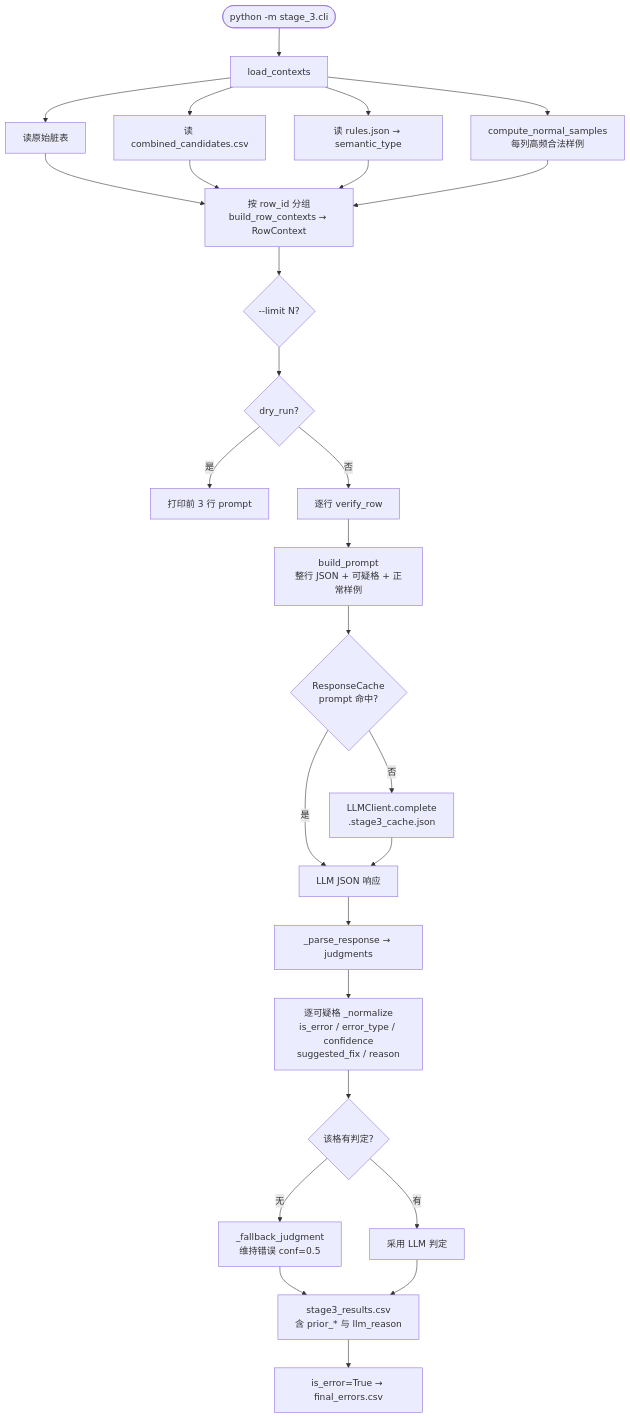
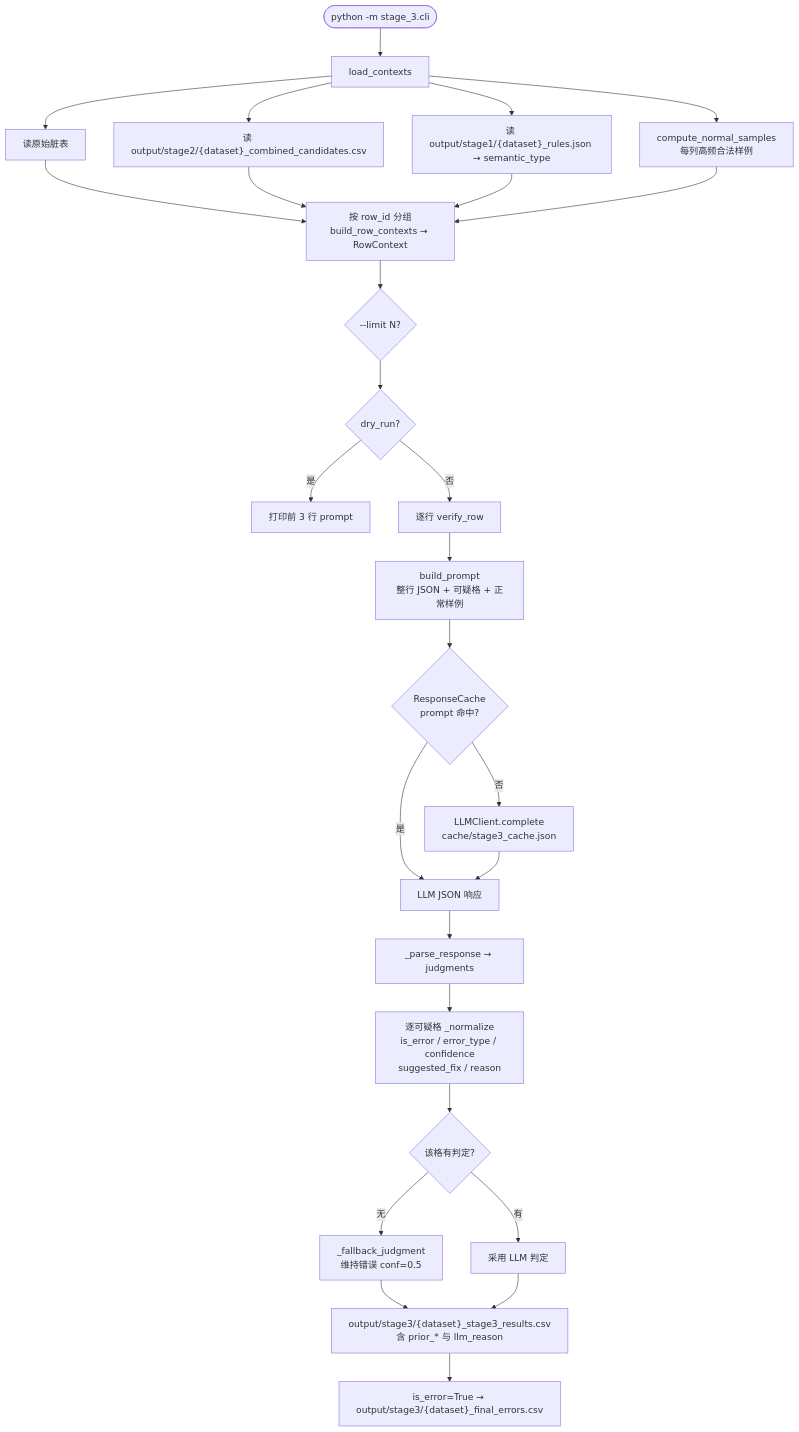
One commit to 1993371829/error_detect changed the fifth of 8 diagrams in PIPELINE.md. Above: the diagram before and after it, drawn with Mermaid. The commit also changed other lines of this file and 30 other files, not shown here.

````diff
--- a/PIPELINE.md
+++ b/PIPELINE.md
@@ -375,30 +375,30 @@
 ```mermaid
 flowchart TD
     START3(["python -m stage_3.cli"]) --> LOAD["load_contexts"]
     LOAD --> L1["读原始脏表"]
-    LOAD --> L2["读 combined_candidates.csv"]
-    LOAD --> L3["读 rules.json → semantic_type"]
+    LOAD --> L2["读 output/stage2/{dataset}_combined_candidates.csv"]
+    LOAD --> L3["读 output/stage1/{dataset}_rules.json → semantic_type"]
     LOAD --> L4["compute_normal_samples<br/>每列高频合法样例"]
 
     L1 & L2 & L3 & L4 --> GROUP["按 row_id 分组<br/>build_row_contexts → RowContext"]
 
     GROUP --> LIMIT{--limit N?}
     LIMIT --> DRY3{dry_run?}
     DRY3 -->|是| PREVIEW["打印前 3 行 prompt"]
     DRY3 -->|否| ROW_LOOP["逐行 verify_row"]
 
     ROW_LOOP --> PROMPT["build_prompt<br/>整行 JSON + 可疑格 + 正常样例"]
     PROMPT --> CACHE3{ResponseCache<br/>prompt 命中?}
     CACHE3 -->|是| RAW["LLM JSON 响应"]
-    CACHE3 -->|否| LLM3["LLMClient.complete<br/>.stage3_cache.json"]
+    CACHE3 -->|否| LLM3["LLMClient.complete<br/>cache/stage3_cache.json"]
     LLM3 --> RAW
 
     RAW --> PARSE["_parse_response → judgments"]
     PARSE --> NORM["逐可疑格 _normalize<br/>is_error / error_type / confidence<br/>suggested_fix / reason"]
     NORM --> FALLBACK{该格有判定?}
     FALLBACK -->|无| FB["_fallback_judgment<br/>维持错误 conf=0.5"]
     FALLBACK -->|有| KEEP["采用 LLM 判定"]
 
-    FB & KEEP --> RESULTS["stage3_results.csv<br/>含 prior_* 与 llm_reason"]
-    RESULTS --> FINAL["is_error=True → final_errors.csv"]
+    FB & KEEP --> RESULTS["output/stage3/{dataset}_stage3_results.csv<br/>含 prior_* 与 llm_reason"]
+    RESULTS --> FINAL["is_error=True → output/stage3/{dataset}_final_errors.csv"]
 ```
````
